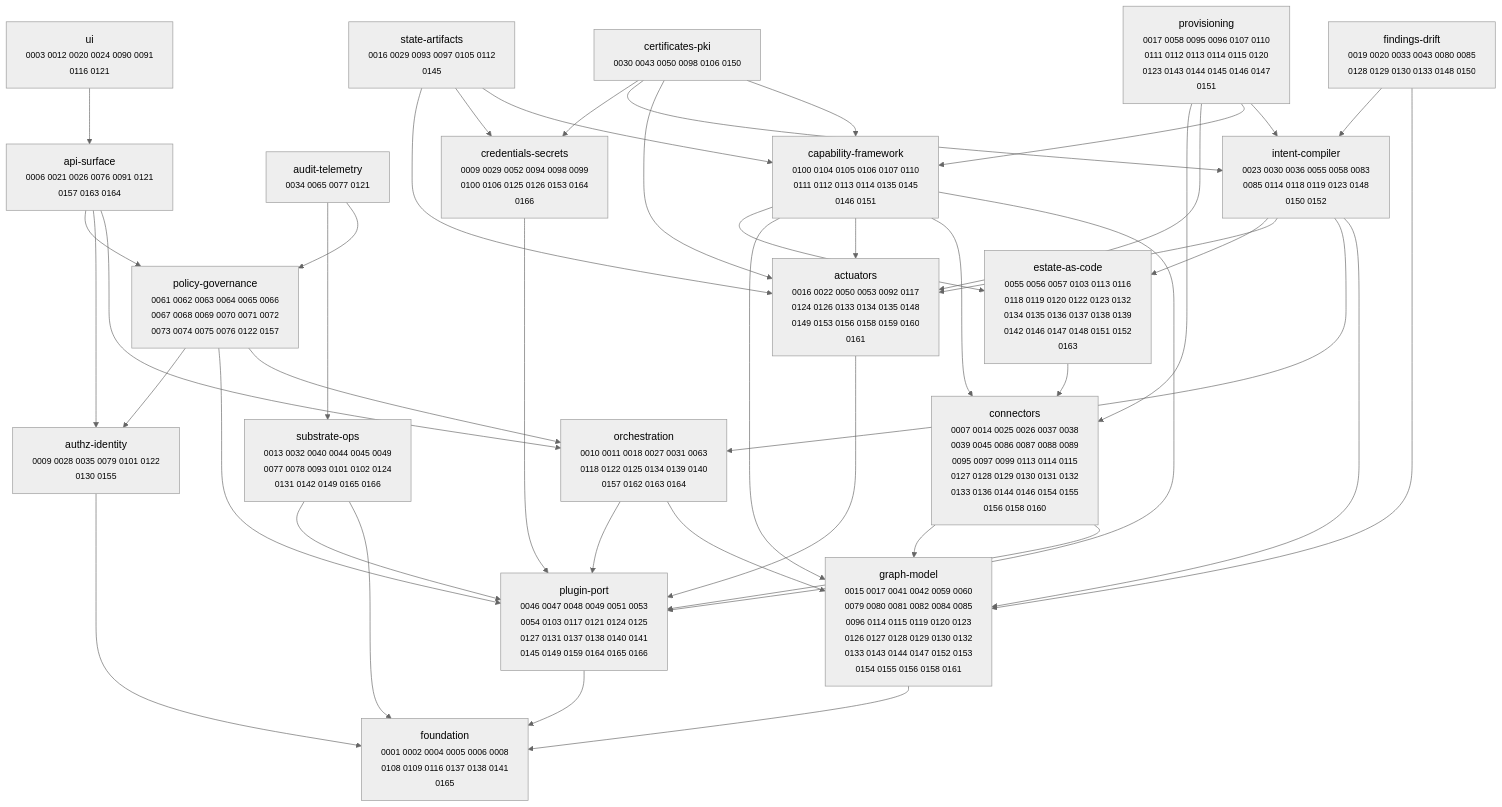
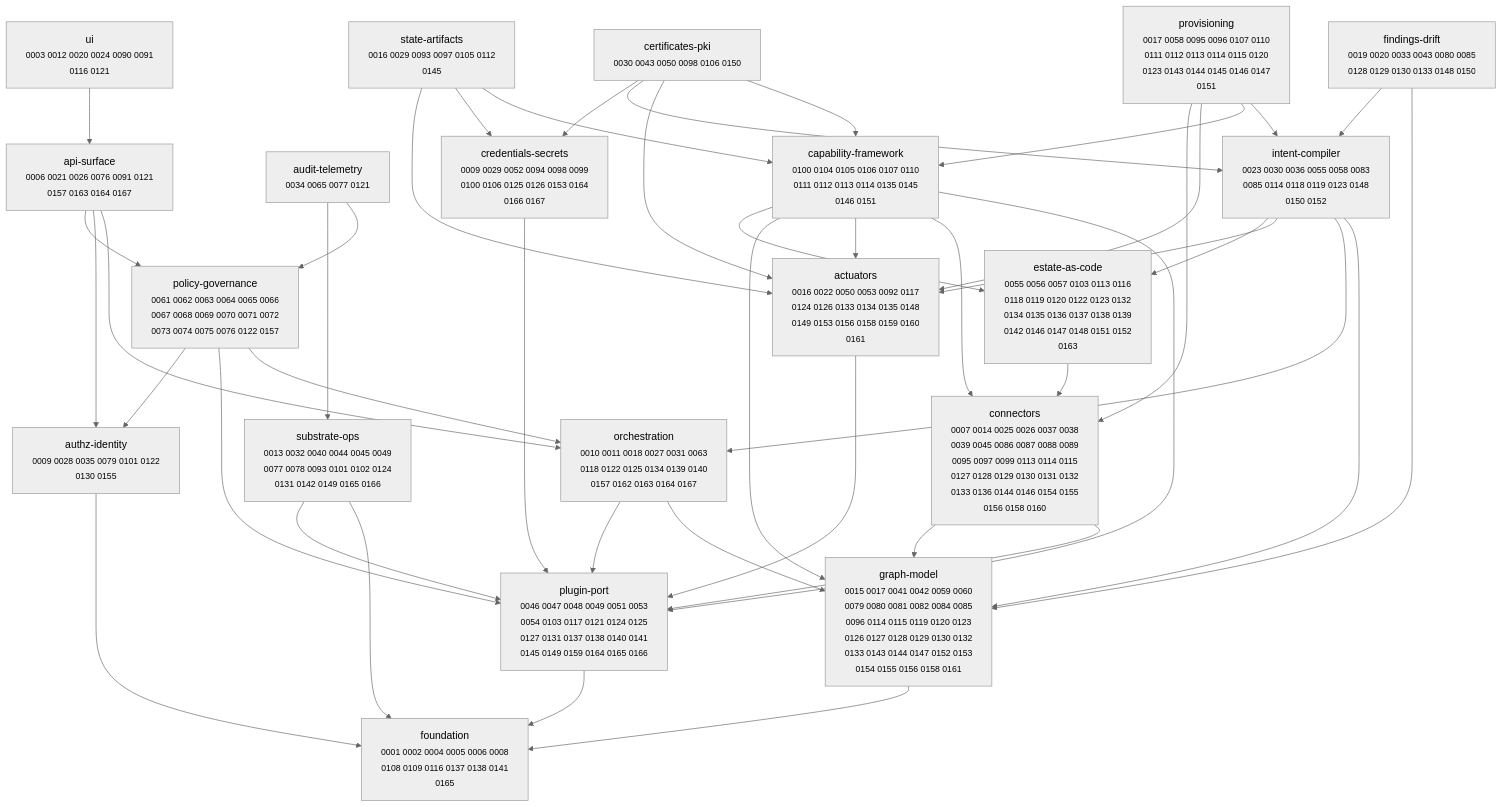
The diagram in docs/adr/MAP.md (dstout-devops/stratt), drawn with Mermaid (neutral theme) before and after one commit. The commit also changed other lines of this file and 13 other files, not shown here.

````diff
--- a/docs/adr/MAP.md
+++ b/docs/adr/MAP.md
@@ -11,67 +11,67 @@
 ```mermaid
 graph TD
   actuators["actuators<br/><small>0016 0022 0050 0053 0092 0117<br/>0124 0126 0133 0134 0135 0148<br/>0149 0153 0156 0158 0159 0160<br/>0161</small>"]
-  api_surface["api-surface<br/><small>0006 0021 0026 0076 0091 0121<br/>0157 0163 0164</small>"]
+  api_surface["api-surface<br/><small>0006 0021 0026 0076 0091 0121<br/>0157 0163 0164 0167</small>"]
   audit_telemetry["audit-telemetry<br/><small>0034 0065 0077 0121</small>"]
   authz_identity["authz-identity<br/><small>0009 0028 0035 0079 0101 0122<br/>0130 0155</small>"]
   capability_framework["capability-framework<br/><small>0100 0104 0105 0106 0107 0110<br/>0111 0112 0113 0114 0135 0145<br/>0146 0151</small>"]
   certificates_pki["certificates-pki<br/><small>0030 0043 0050 0098 0106 0150</small>"]
   connectors["connectors<br/><small>0007 0014 0025 0026 0037 0038<br/>0039 0045 0086 0087 0088 0089<br/>0095 0097 0099 0113 0114 0115<br/>0127 0128 0129 0130 0131 0132<br/>0133 0136 0144 0146 0154 0155<br/>0156 0158 0160</small>"]
-  credentials_secrets["credentials-secrets<br/><small>0009 0029 0052 0094 0098 0099<br/>0100 0106 0125 0126 0153 0164<br/>0166</small>"]
+  credentials_secrets["credentials-secrets<br/><small>0009 0029 0052 0094 0098 0099<br/>0100 0106 0125 0126 0153 0164<br/>0166 0167</small>"]
   estate_as_code["estate-as-code<br/><small>0055 0056 0057 0103 0113 0116<br/>0118 0119 0120 0122 0123 0132<br/>0134 0135 0136 0137 0138 0139<br/>0142 0146 0147 0148 0151 0152<br/>0163</small>"]
   findings_drift["findings-drift<br/><small>0019 0020 0033 0043 0080 0085<br/>0128 0129 0130 0133 0148 0150</small>"]
   foundation["foundation<br/><small>0001 0002 0004 0005 0006 0008<br/>0108 0109 0116 0137 0138 0141<br/>0165</small>"]
   graph_model["graph-model<br/><small>0015 0017 0041 0042 0059 0060<br/>0079 0080 0081 0082 0084 0085<br/>0096 0114 0115 0119 0120 0123<br/>0126 0127 0128 0129 0130 0132<br/>0133 0143 0144 0147 0152 0153<br/>0154 0155 0156 0158 0161</small>"]
   intent_compiler["intent-compiler<br/><small>0023 0030 0036 0055 0058 0083<br/>0085 0114 0118 0119 0123 0148<br/>0150 0152</small>"]
-  orchestration["orchestration<br/><small>0010 0011 0018 0027 0031 0063<br/>0118 0122 0125 0134 0139 0140<br/>0157 0162 0163 0164</small>"]
+  orchestration["orchestration<br/><small>0010 0011 0018 0027 0031 0063<br/>0118 0122 0125 0134 0139 0140<br/>0157 0162 0163 0164 0167</small>"]
   plugin_port["plugin-port<br/><small>0046 0047 0048 0049 0051 0053<br/>0054 0103 0117 0121 0124 0125<br/>0127 0131 0137 0138 0140 0141<br/>0145 0149 0159 0164 0165 0166</small>"]
   policy_governance["policy-governance<br/><small>0061 0062 0063 0064 0065 0066<br/>0067 0068 0069 0070 0071 0072<br/>0073 0074 0075 0076 0122 0157</small>"]
   provisioning["provisioning<br/><small>0017 0058 0095 0096 0107 0110<br/>0111 0112 0113 0114 0115 0120<br/>0123 0143 0144 0145 0146 0147<br/>0151</small>"]
   state_artifacts["state-artifacts<br/><small>0016 0029 0093 0097 0105 0112<br/>0145</small>"]
   substrate_ops["substrate-ops<br/><small>0013 0032 0040 0044 0045 0049<br/>0077 0078 0093 0101 0102 0124<br/>0131 0142 0149 0165 0166</small>"]
   ui["ui<br/><small>0003 0012 0020 0024 0090 0091<br/>0116 0121</small>"]
 
   actuators --> plugin_port
   api_surface --> orchestration
   api_surface --> authz_identity
   api_surface --> policy_governance
   audit_telemetry --> policy_governance
   audit_telemetry --> substrate_ops
   authz_identity --> foundation
   capability_framework --> plugin_port
   capability_framework --> connectors
   capability_framework --> actuators
   capability_framework --> graph_model
   capability_framework --> estate_as_code
   certificates_pki --> capability_framework
   certificates_pki --> actuators
   certificates_pki --> intent_compiler
   certificates_pki --> credentials_secrets
   connectors --> plugin_port
   connectors --> graph_model
   credentials_secrets --> plugin_port
   estate_as_code --> connectors
   findings_drift --> graph_model
   findings_drift --> intent_compiler
   graph_model --> foundation
   intent_compiler --> graph_model
   intent_compiler --> orchestration
   intent_compiler --> actuators
   intent_compiler --> estate_as_code
   orchestration --> graph_model
   orchestration --> plugin_port
   plugin_port --> foundation
   policy_governance --> orchestration
   policy_governance --> plugin_port
   policy_governance --> authz_identity
   provisioning --> intent_compiler
   provisioning --> capability_framework
   provisioning --> actuators
   provisioning --> connectors
   state_artifacts --> capability_framework
   state_artifacts --> credentials_secrets
   state_artifacts --> actuators
   substrate_ops --> foundation
   substrate_ops --> plugin_port
   ui --> api_surface
 ```
````
